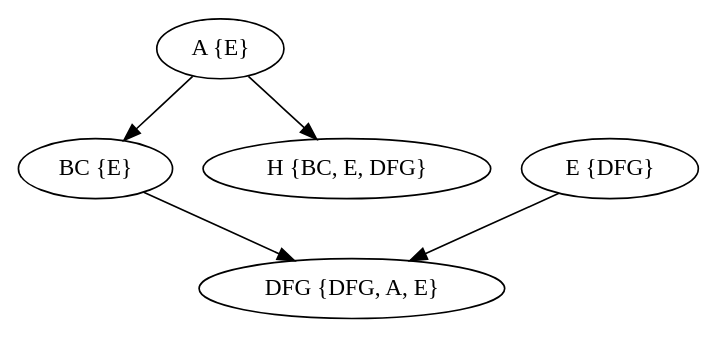
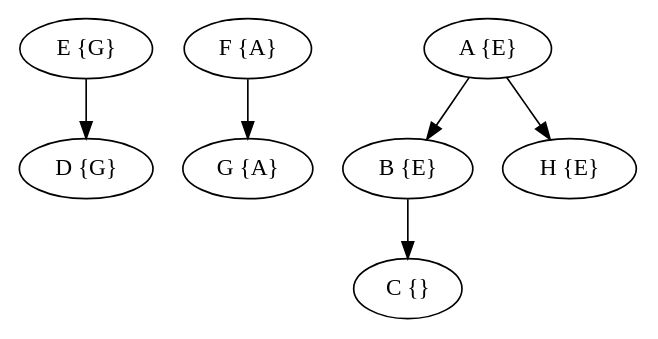
One commit to GiovA07/Pointer_Analysis changed the diagram in output/grafo.dot. Above: the diagram before and after it, drawn with Graphviz. The commit also changed 6 other files, not shown here.

```diff
--- a/output/grafo.dot
+++ b/output/grafo.dot
@@ -1,12 +1,16 @@
 digraph{
 rankdir=TB;
-DFG [label="DFG {DFG, A, E}"];
+D [label="D {G}"];
+F [label="F {A}"];
 A [label="A {E}"];
-BC [label="BC {E}"];
-E [label="E {DFG}"];
-H [label="H {BC, E, DFG}"];
-A -> BC;
+B [label="B {E}"];
+G [label="G {A}"];
+E [label="E {G}"];
+C [label="C {}"];
+H [label="H {E}"];
+F -> G;
+A -> B;
 A -> H;
-BC -> DFG;
-E -> DFG;
+B -> C;
+E -> D;
 }
```
